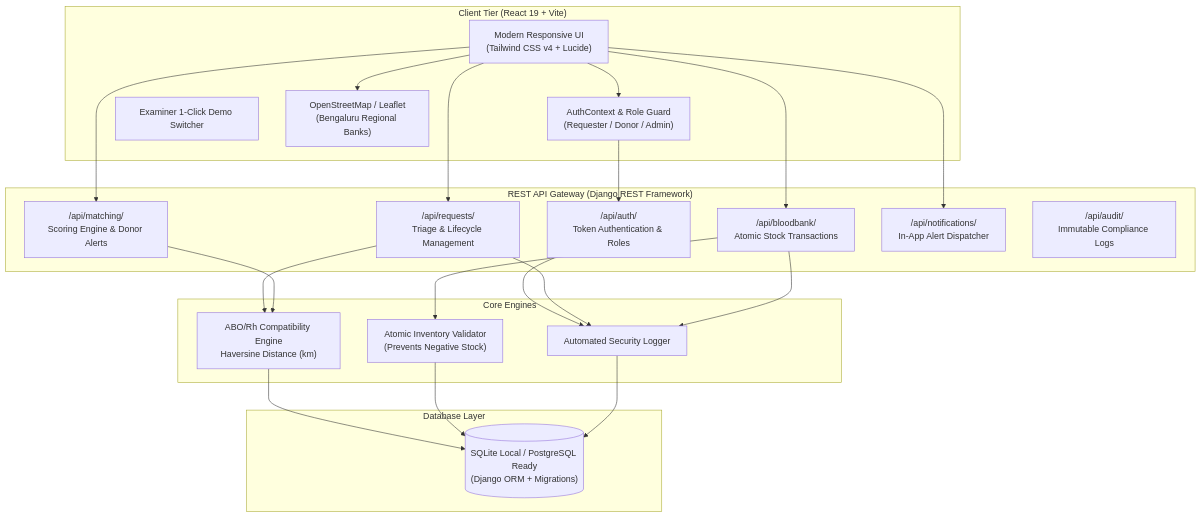
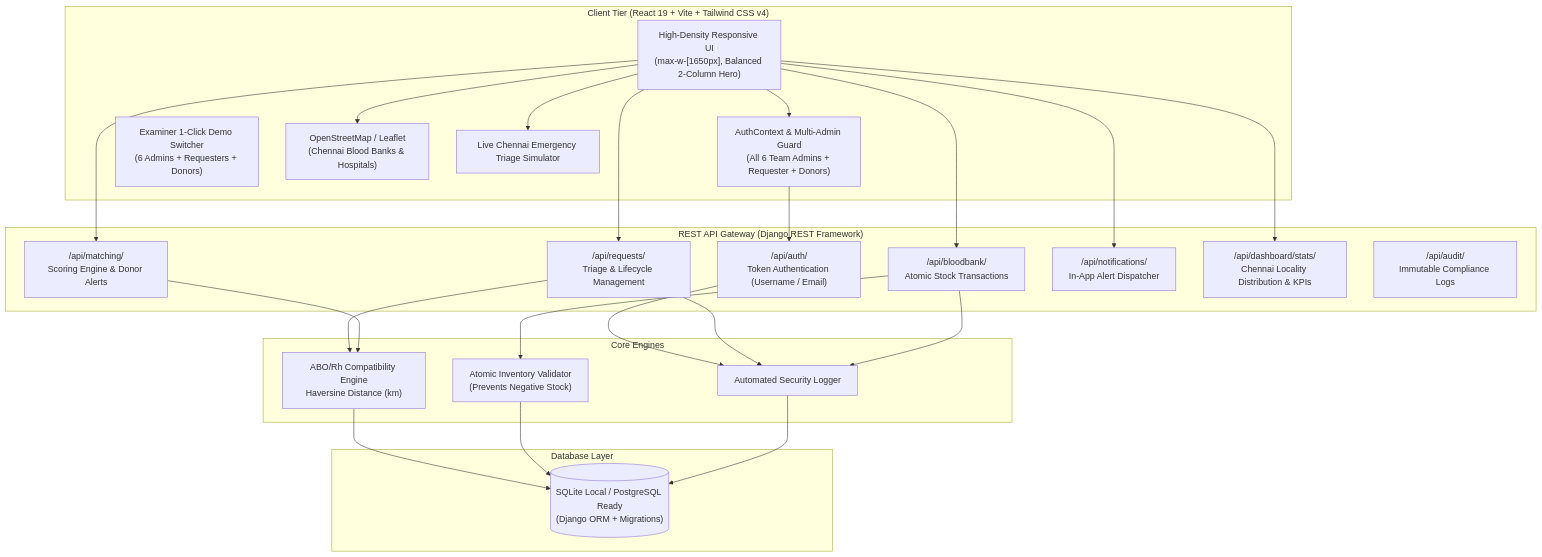
Before and after one commit to MxthThunder/BloodConnect: the first of 2 diagrams in README.md, drawn with Mermaid. The commit also changed other lines of this file and 36 other files, not shown here.

````diff
--- a/README.md
+++ b/README.md
@@ -30,47 +84,51 @@
 ```mermaid
 graph TD
-    subgraph Client Layer ["Client Tier (React 19 + Vite)"]
-        UI["Modern Responsive UI\n(Tailwind CSS v4 + Lucide)"]
-        AUTH_CTX["AuthContext & Role Guard\n(Requester / Donor / Admin)"]
-        DEMO_SW["Examiner 1-Click Demo Switcher"]
-        MAP["OpenStreetMap / Leaflet\n(Bengaluru Regional Banks)"]
+    subgraph Client Layer ["Client Tier (React 19 + Vite + Tailwind CSS v4)"]
+        UI["High-Density Responsive UI\n(max-w-[1650px], Balanced 2-Column Hero)"]
+        AUTH_CTX["AuthContext & Multi-Admin Guard\n(All 6 Team Admins + Requester + Donors)"]
+        DEMO_SW["Examiner 1-Click Demo Switcher\n(6 Admins + Requesters + Donors)"]
+        MAP["OpenStreetMap / Leaflet\n(Chennai Blood Banks & Hospitals)"]
+        SIM["Live Chennai Emergency Triage Simulator"]
     end
 
     subgraph API Layer ["REST API Gateway (Django REST Framework)"]
-        EP_AUTH["/api/auth/\nToken Authentication & Roles"]
+        EP_AUTH["/api/auth/\nToken Authentication (Username / Email)"]
         EP_REQ["/api/requests/\nTriage & Lifecycle Management"]
         EP_MATCH["/api/matching/\nScoring Engine & Donor Alerts"]
         EP_STOCK["/api/bloodbank/\nAtomic Stock Transactions"]
         EP_NOTIF["/api/notifications/\nIn-App Alert Dispatcher"]
+        EP_DASH["/api/dashboard/stats/\nChennai Locality Distribution & KPIs"]
         EP_AUDIT["/api/audit/\nImmutable Compliance Logs"]
     end
 
     subgraph Business Logic ["Core Engines"]
         MATCHER["ABO/Rh Compatibility Engine\nHaversine Distance (km)"]
         SAFE_INV["Atomic Inventory Validator\n(Prevents Negative Stock)"]
         AUDIT_ENGINE["Automated Security Logger"]
     end
 
     subgraph Data Tier ["Database Layer"]
         DB[("SQLite Local / PostgreSQL Ready\n(Django ORM + Migrations)")]
     end
 
     UI --> AUTH_CTX
     AUTH_CTX --> EP_AUTH
     UI --> EP_REQ
     UI --> EP_MATCH
     UI --> EP_STOCK
     UI --> EP_NOTIF
+    UI --> EP_DASH
     UI --> MAP
+    UI --> SIM
 
     EP_REQ --> MATCHER
     EP_MATCH --> MATCHER
     EP_STOCK --> SAFE_INV
     EP_AUTH --> AUDIT_ENGINE
     EP_REQ --> AUDIT_ENGINE
     EP_STOCK --> AUDIT_ENGINE
 
     MATCHER --> DB
     SAFE_INV --> DB
     AUDIT_ENGINE --> DB
 ```
````
